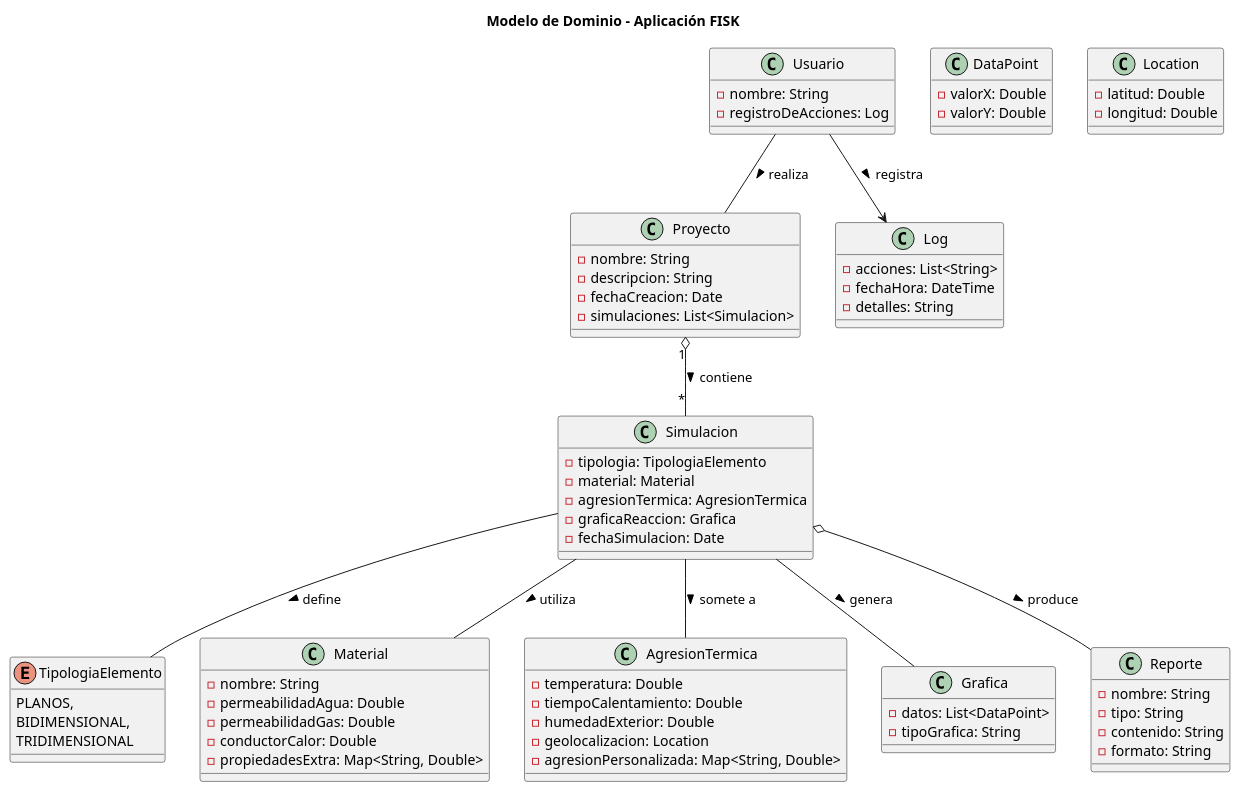
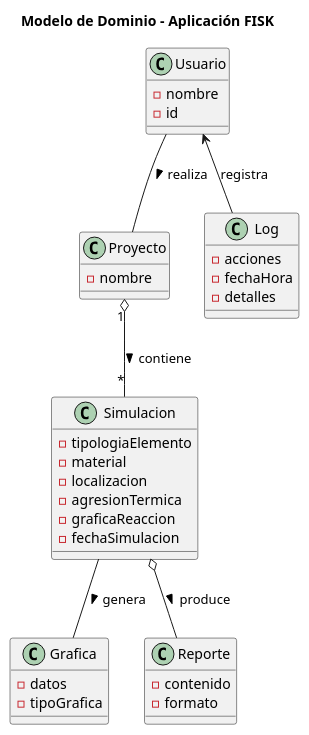
Before and after one commit to mmasias/23-24-IdSw1-SDR: the diagram in modelosUML/diagramaClases.puml, drawn with PlantUML. The commit also changed 3 other files, not shown here.

Commit message:
nueva version diagrama clases

```diff
--- a/modelosUML/diagramaClases.puml
+++ b/modelosUML/diagramaClases.puml
@@ -1,82 +1,44 @@
 @startuml
 title Modelo de Dominio - Aplicación FISK
 
 class Usuario {
-    - nombre: String
-    - registroDeAcciones: Log
+    - nombre
+    - id
 }
 
 class Proyecto {
-    - nombre: String
-    - descripcion: String
-    - fechaCreacion: Date
-    - simulaciones: List<Simulacion>
+    - nombre
 }
 
 class Simulacion {
-    - tipologia: TipologiaElemento
-    - material: Material
-    - agresionTermica: AgresionTermica
-    - graficaReaccion: Grafica
-    - fechaSimulacion: Date
-}
-
-enum TipologiaElemento {
-    PLANOS,
-    BIDIMENSIONAL,
-    TRIDIMENSIONAL
-}
-
-class Material {
-    - nombre: String
-    - permeabilidadAgua: Double
-    - permeabilidadGas: Double
-    - conductorCalor: Double
-    - propiedadesExtra: Map<String, Double>
-}
-
-class AgresionTermica {
-    - temperatura: Double
-    - tiempoCalentamiento: Double
-    - humedadExterior: Double
-    - geolocalizacion: Location
-    - agresionPersonalizada: Map<String, Double>
+    - tipologiaElemento
+    - material
+    - localizacion
+    - agresionTermica
+    - graficaReaccion
+    - fechaSimulacion
 }
 
 class Grafica {
-    - datos: List<DataPoint>
-    - tipoGrafica: String
-}
-
-class DataPoint {
-    - valorX: Double
-    - valorY: Double
+    - datos
+    - tipoGrafica
 }
 
 class Log {
-    - acciones: List<String>
-    - fechaHora: DateTime
-    - detalles: String
+    - acciones
+    - fechaHora
+    - detalles
 }
 
 class Reporte {
-    - nombre: String
-    - tipo: String
-    - contenido: String
-    - formato: String
-}
-
-class Location {
-    - latitud: Double
-    - longitud: Double
+    - contenido
+    - formato
 }
 
 Usuario -- Proyecto : "realiza >"
 Proyecto "1" o-- "*" Simulacion : "contiene >"
-Simulacion -- TipologiaElemento : "define >"
-Simulacion -- Material : "utiliza >"
-Simulacion -- AgresionTermica : "somete a >"
 Simulacion -- Grafica : "genera >"
 Simulacion o-- Reporte : "produce >"
-Usuario --> Log : "registra >"
+Usuario <-- Log : "registra"
+
 @enduml
```
